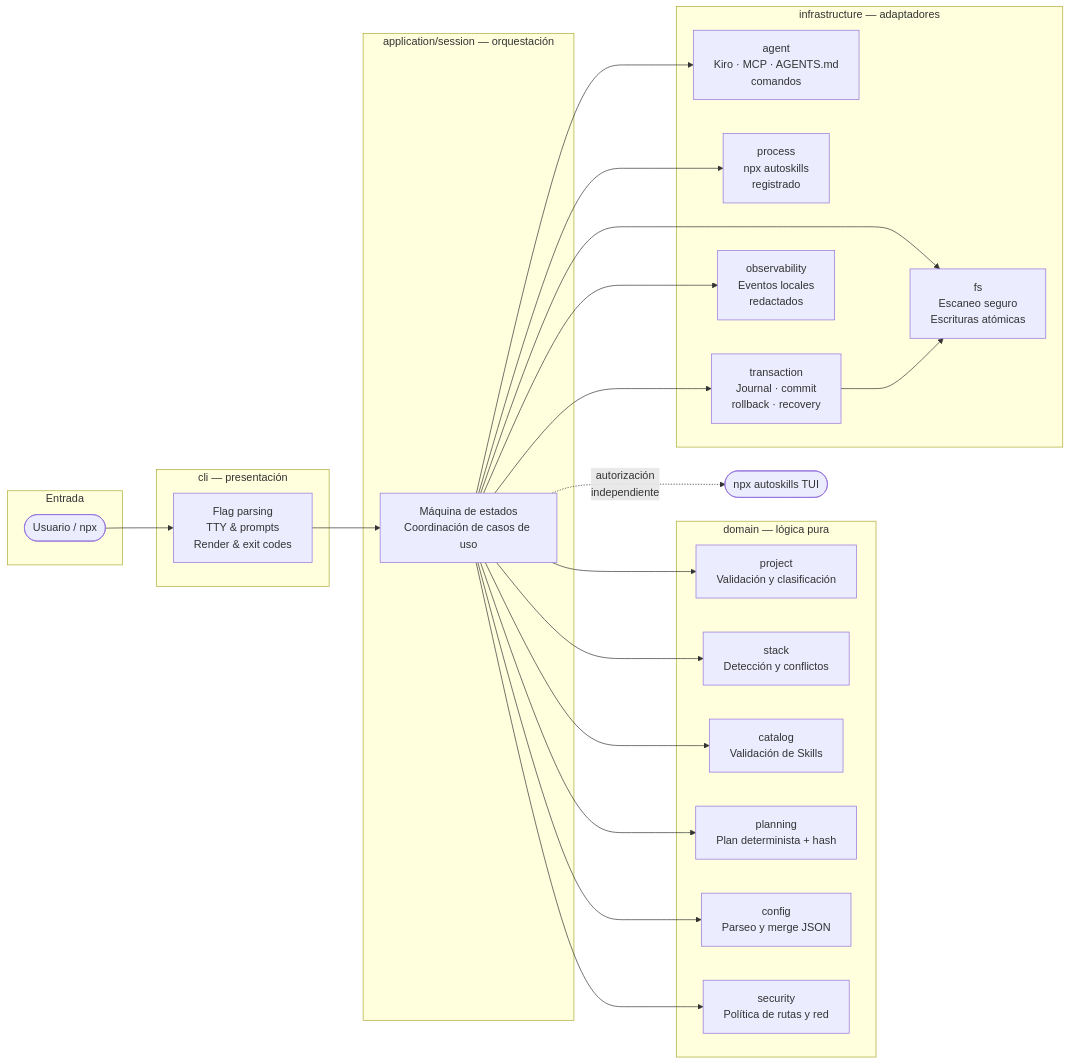
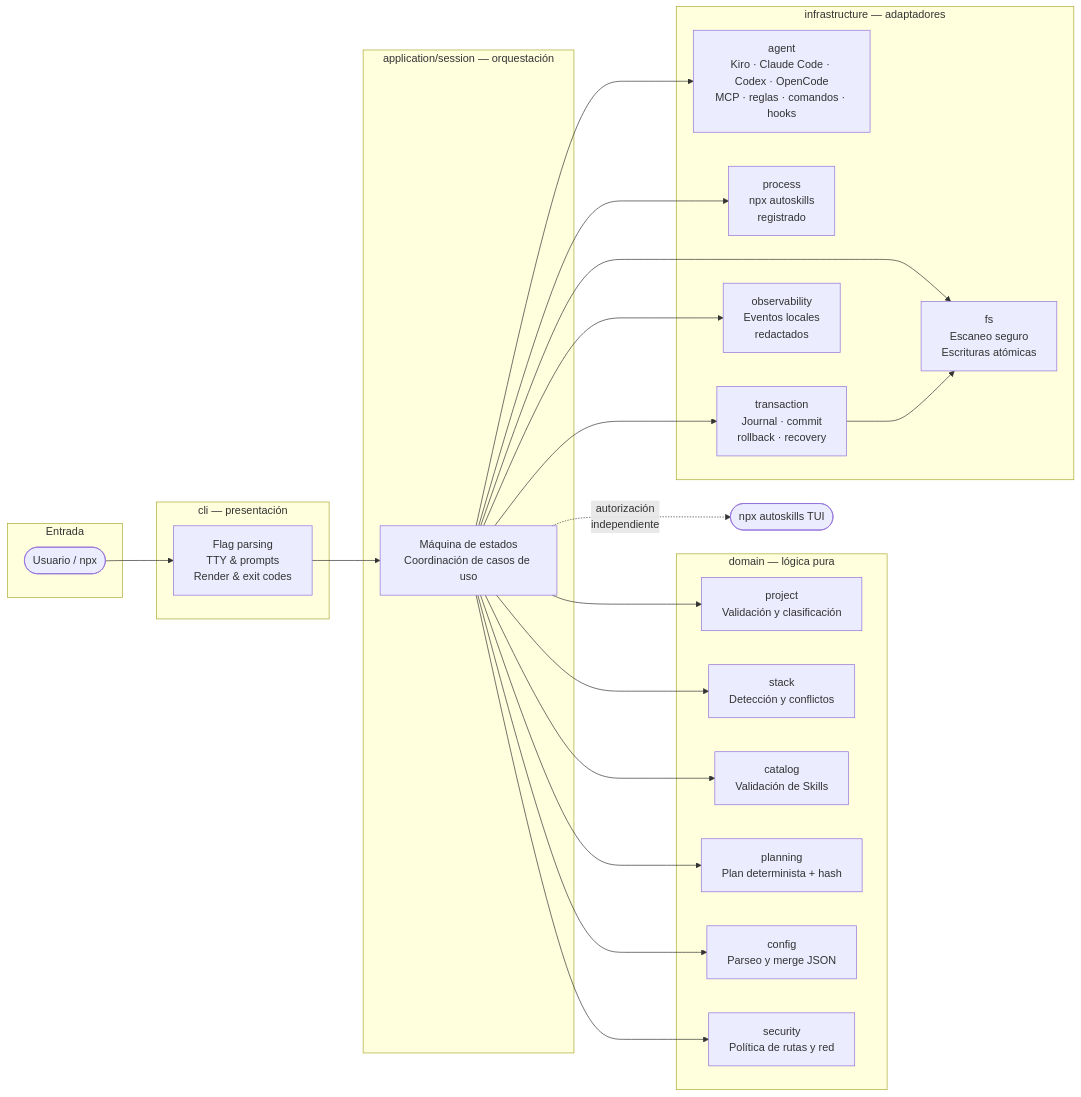
Before and after one commit to HeberYesid/auto-ai-setup: the second of 3 diagrams in README.md, drawn with Mermaid. The commit also changed other lines of this file and 23 other files, not shown here.

````diff
--- a/README.md
+++ b/README.md
@@ -127,38 +140,38 @@
 ```mermaid
 flowchart LR
     subgraph Entrada
         U([Usuario / npx])
     end
 
     subgraph CLI["cli — presentación"]
         FLAGS[Flag parsing\nTTY & prompts\nRender & exit codes]
     end
 
     subgraph APP["application/session — orquestación"]
         SM[Máquina de estados\nCoordinación de casos de uso]
     end
 
     subgraph DOM["domain — lógica pura"]
         PROJ[project\nValidación y clasificación]
         STACK[stack\nDetección y conflictos]
         CAT[catalog\nValidación de Skills]
         PLAN[planning\nPlan determinista + hash]
         CFG[config\nParseo y merge JSON]
         SEC[security\nPolítica de rutas y red]
     end
 
     subgraph INFRA["infrastructure — adaptadores"]
         FS[fs\nEscaneo seguro\nEscrituras atómicas]
-        AGENT[agent\nKiro · MCP · AGENTS.md\ncomandos]
+        AGENT[agent\nKiro · Claude Code · Codex · OpenCode\nMCP · reglas · comandos · hooks]
         PROC[process\nnpx autoskills\nregistrado]
         TX[transaction\nJournal · commit\nrollback · recovery]
         OBS[observability\nEventos locales\nredactados]
     end
 
     U --> FLAGS
     FLAGS --> SM
     SM --> PROJ & STACK & CAT & PLAN & CFG & SEC
     SM --> FS & AGENT & PROC & TX & OBS
     TX --> FS
     SM -. autorización\nindependiente .-> AUTOSKILLS([npx autoskills TUI])
 ```
````
